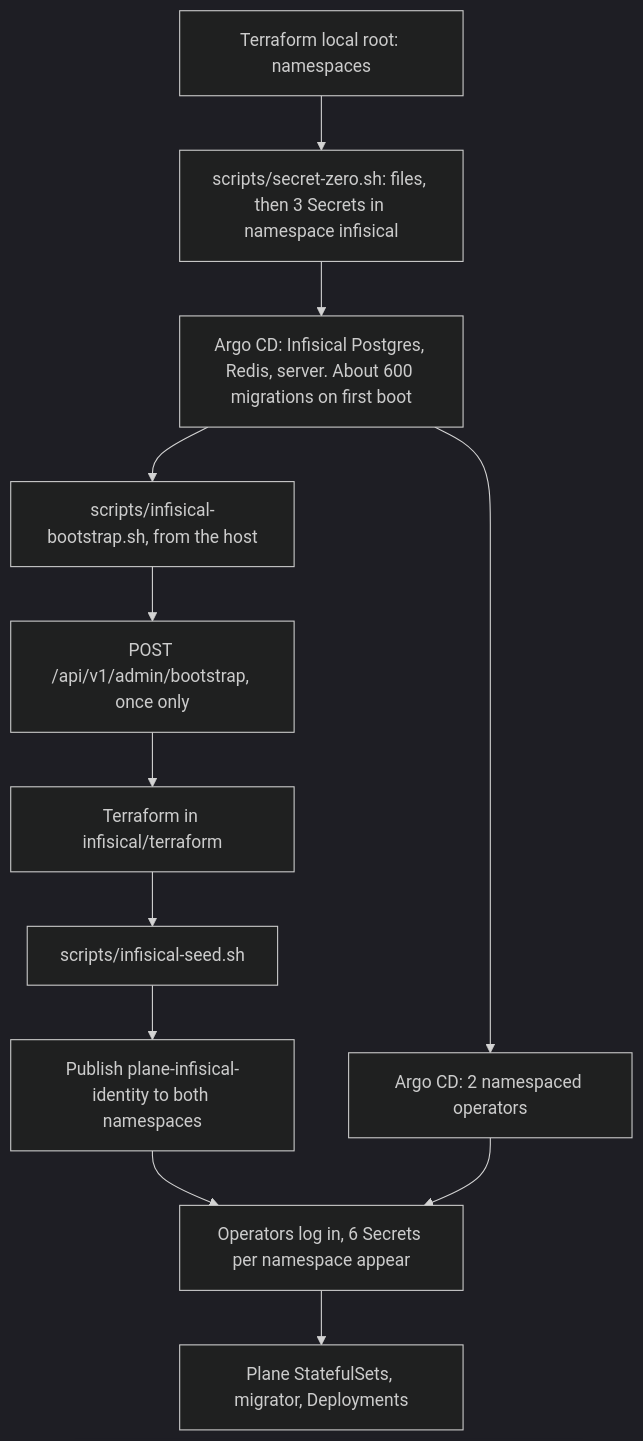
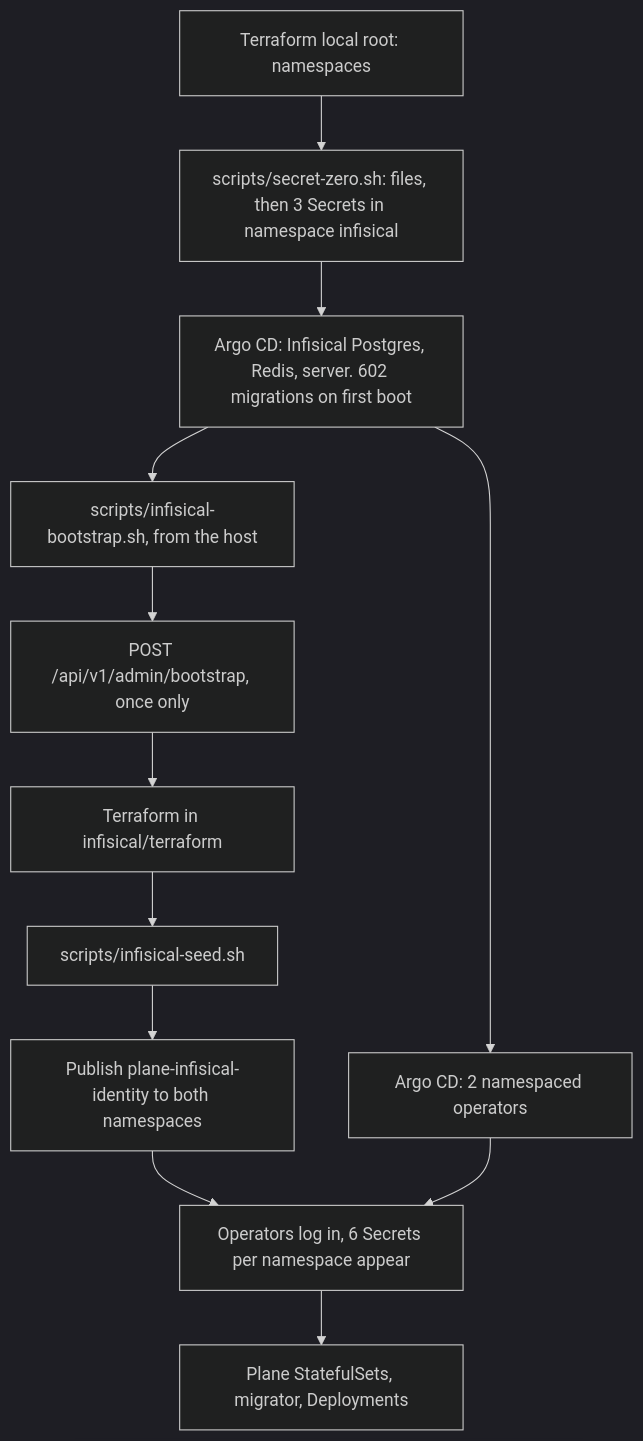
One commit to BereketAbera/plane-platform changed the diagram in docs/infisical.md. Above: the diagram before and after it, drawn with Mermaid (dark theme). The commit also changed other lines of this file, not shown here.

Commit message:
docs(infisical): replace the NOT RUN status with what ran on the cluster, and record restored mode, token recovery and the isolation results

````diff
--- a/docs/infisical.md
+++ b/docs/infisical.md
@@ -40,14 +40,14 @@
 ```mermaid
 flowchart TD
   A["Terraform local root: namespaces"] --> B["scripts/secret-zero.sh: files, then 3 Secrets in namespace infisical"]
-  B --> C["Argo CD: Infisical Postgres, Redis, server. About 600 migrations on first boot"]
+  B --> C["Argo CD: Infisical Postgres, Redis, server. 602 migrations on first boot"]
   C --> D["Argo CD: 2 namespaced operators"]
   C --> E["scripts/infisical-bootstrap.sh, from the host"]
   E --> E1["POST /api/v1/admin/bootstrap, once only"]
   E1 --> E2["Terraform in infisical/terraform"]
   E2 --> E3["scripts/infisical-seed.sh"]
   E3 --> E4["Publish plane-infisical-identity to both namespaces"]
   E4 --> F["Operators log in, 6 Secrets per namespace appear"]
   D --> F
   F --> G["Plane StatefulSets, migrator, Deployments"]
 ```
````
